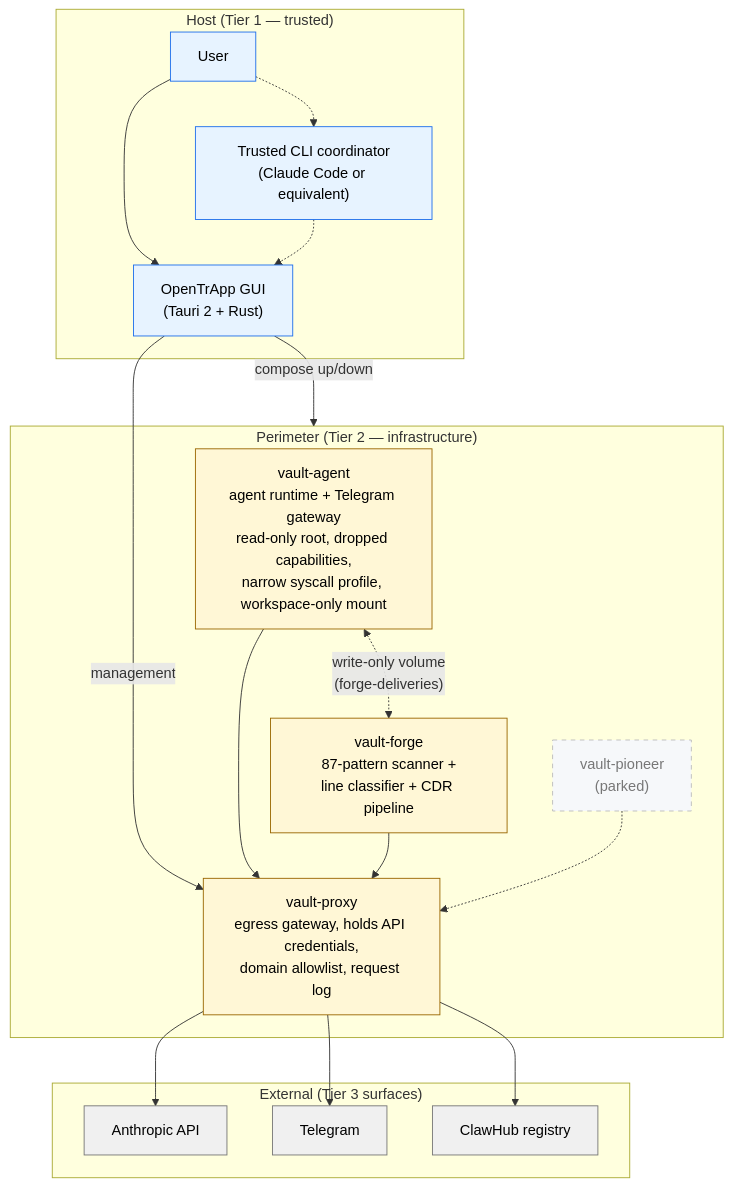
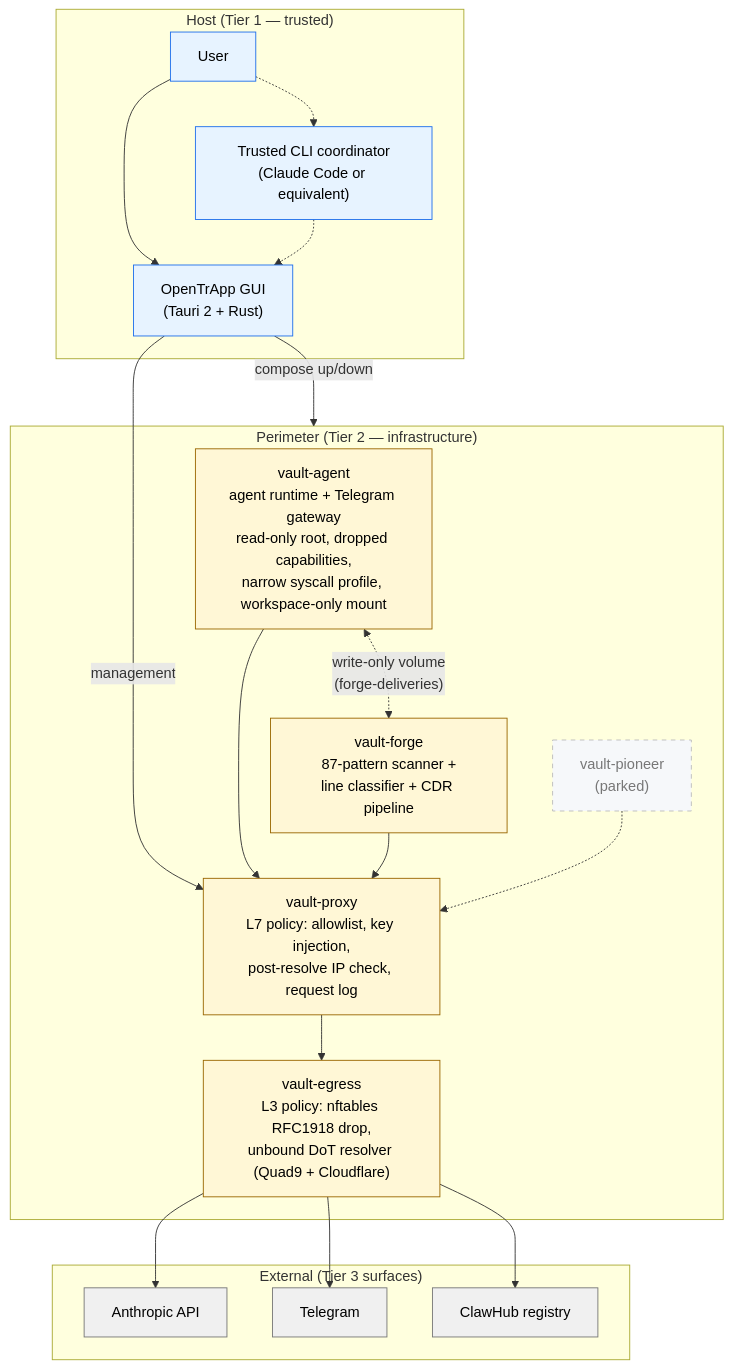
One commit to albertdobmeyer/opentrapp changed the first of 5 diagrams in docs/diagrams.md. Above: the diagram before and after it, drawn with Mermaid. The commit also changed other lines of this file and 23 other files, not shown here.

````diff
--- a/docs/diagrams.md
+++ b/docs/diagrams.md
@@ -17,46 +17,48 @@
 ```mermaid
 flowchart TB
     subgraph HOST["Host (Tier 1 — trusted)"]
         USER[User]
         GUI["OpenTrApp GUI<br/>(Tauri 2 + Rust)"]
         COORD["Trusted CLI coordinator<br/>(Claude Code or equivalent)"]
     end
 
     subgraph PERIMETER["Perimeter (Tier 2 — infrastructure)"]
         AGENT["vault-agent<br/>agent runtime + Telegram gateway<br/>read-only root, dropped capabilities,<br/>narrow syscall profile, workspace-only mount"]
         FORGE["vault-forge<br/>87-pattern scanner +<br/>line classifier + CDR pipeline"]
         PIONEER["vault-pioneer<br/>(parked)"]
-        PROXY["vault-proxy<br/>egress gateway, holds API credentials,<br/>domain allowlist, request log"]
+        PROXY["vault-proxy<br/>L7 policy: allowlist, key injection,<br/>post-resolve IP check, request log"]
+        EGRESS["vault-egress<br/>L3 policy: nftables RFC1918 drop,<br/>unbound DoT resolver (Quad9 + Cloudflare)"]
     end
 
     subgraph EXTERNAL["External (Tier 3 surfaces)"]
         ANTHROPIC[Anthropic API]
         TELEGRAM[Telegram]
         CLAWHUB[ClawHub registry]
     end
 
     USER --> GUI
     USER -.-> COORD
     COORD -.-> GUI
     GUI -->|compose up/down| PERIMETER
     GUI -->|management| PROXY
 
     AGENT --> PROXY
     FORGE --> PROXY
     PIONEER -.-> PROXY
     AGENT <-.->|"write-only volume<br/>(forge-deliveries)"| FORGE
 
-    PROXY --> ANTHROPIC
-    PROXY --> TELEGRAM
-    PROXY --> CLAWHUB
+    PROXY --> EGRESS
+    EGRESS --> ANTHROPIC
+    EGRESS --> TELEGRAM
+    EGRESS --> CLAWHUB
 
     classDef trusted fill:#e7f3ff,stroke:#1f6feb,color:#000
     classDef perim fill:#fff7d6,stroke:#9a6700,color:#000
     classDef parked fill:#f6f8fa,stroke:#bbb,color:#777,stroke-dasharray: 5 5
     classDef external fill:#f0f0f0,stroke:#777,color:#000
 
     class USER,GUI,COORD trusted
-    class AGENT,FORGE,PROXY perim
+    class AGENT,FORGE,PROXY,EGRESS perim
     class PIONEER parked
     class ANTHROPIC,TELEGRAM,CLAWHUB external
 ```
````
